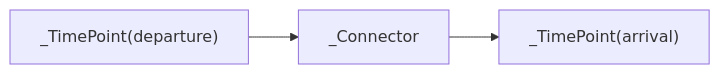
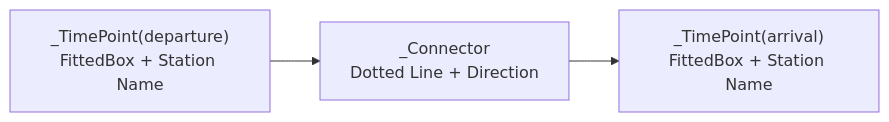
The fourth of 6 diagrams in .qoder/repowiki/en/content/Mobile Application/Passenger Interface/Ticket Display Screen.md (rdsarjito/whoosh-ramah), drawn with Mermaid before and after one commit. The commit also changed other lines of this file and 68 other files, not shown here.

````diff
--- a/.qoder/repowiki/en/content/Mobile Application/Passenger Interface/Ticket Display Screen.md
+++ b/.qoder/repowiki/en/content/Mobile Application/Passenger Interface/Ticket Display Screen.md
@@ -204,5 +243,5 @@
 ```mermaid
 flowchart LR
-Dep["_TimePoint(departure)"] --> Conn["_Connector"]
-Conn --> Arr["_TimePoint(arrival)"]
+Dep["_TimePoint(departure)<br/>FittedBox + Station Name"] --> Conn["_Connector<br/>Dotted Line + Direction"]
+Conn --> Arr["_TimePoint(arrival)<br/>FittedBox + Station Name"]
 ```
````
